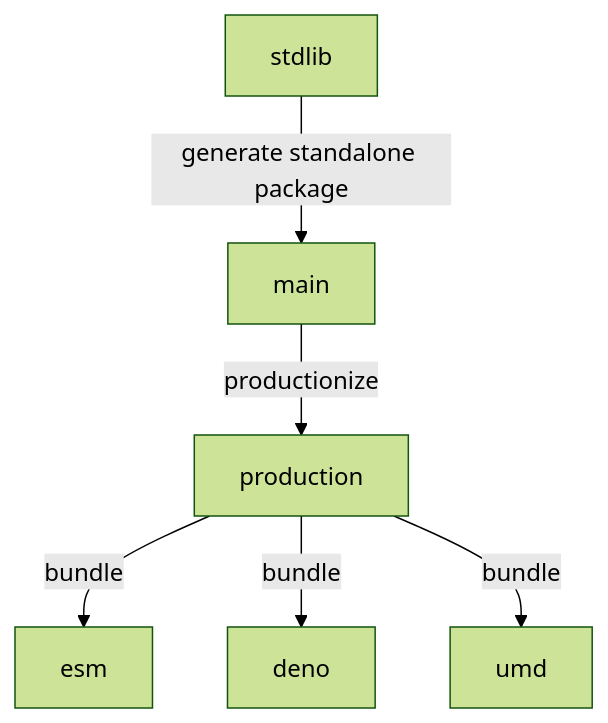
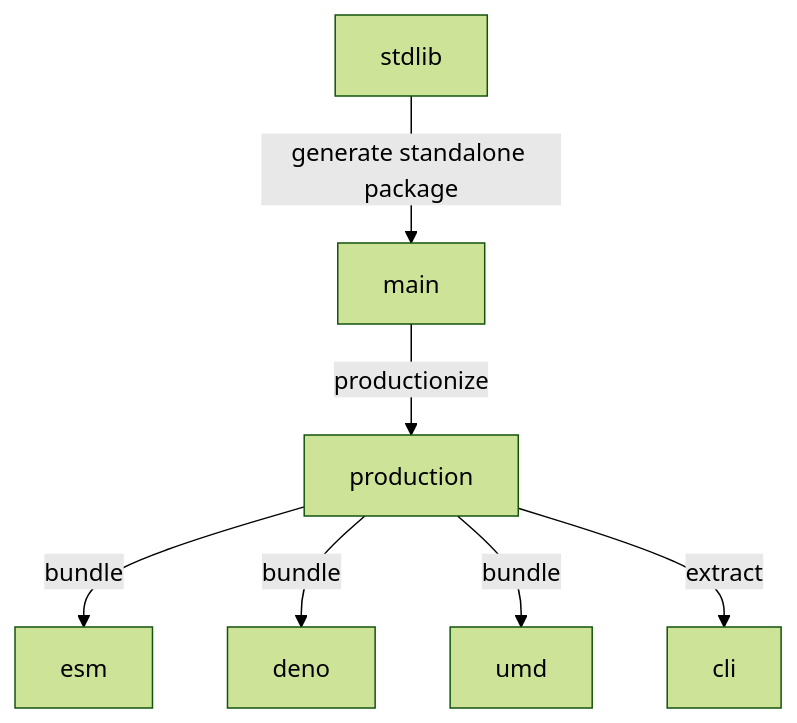
Before and after one commit to stdlib-js/assert-is-alphanumeric: the diagram in branches.md, drawn with Mermaid (forest theme). The commit also changed other lines of this file and 8 other files, not shown here.

````diff
--- a/branches.md
+++ b/branches.md
@@ -33,15 +34,17 @@
 ```mermaid
 graph TD;
 A[stdlib]-->|generate standalone package|B;
 B[main] -->|productionize| C[production];
 C -->|bundle| D[esm];
 C -->|bundle| E[deno];
 C -->|bundle| F[umd];
+C -->|extract| G[cli];
 
-click A href "https://github.com/stdlib-js/stdlib/tree/develop/lib/node_modules/%40stdlib/assert/is-alphanumeric"
-click B href "https://github.com/stdlib-js/assert-is-alphanumeric/tree/main"
-click C href "https://github.com/stdlib-js/assert-is-alphanumeric/tree/production"
-click D href "https://github.com/stdlib-js/assert-is-alphanumeric/tree/esm"
-click E href "https://github.com/stdlib-js/assert-is-alphanumeric/tree/deno"
-click F href "https://github.com/stdlib-js/assert-is-alphanumeric/tree/umd"
+%% click A href "https://github.com/stdlib-js/stdlib/tree/develop/lib/node_modules/%40stdlib/assert/is-alphanumeric"
+%% click B href "https://github.com/stdlib-js/assert-is-alphanumeric/tree/main"
+%% click C href "https://github.com/stdlib-js/assert-is-alphanumeric/tree/production"
+%% click D href "https://github.com/stdlib-js/assert-is-alphanumeric/tree/esm"
+%% click E href "https://github.com/stdlib-js/assert-is-alphanumeric/tree/deno"
+%% click F href "https://github.com/stdlib-js/assert-is-alphanumeric/tree/umd"
+%% click G href "https://github.com/stdlib-js/assert-is-alphanumeric/tree/cli"
 ```
````
